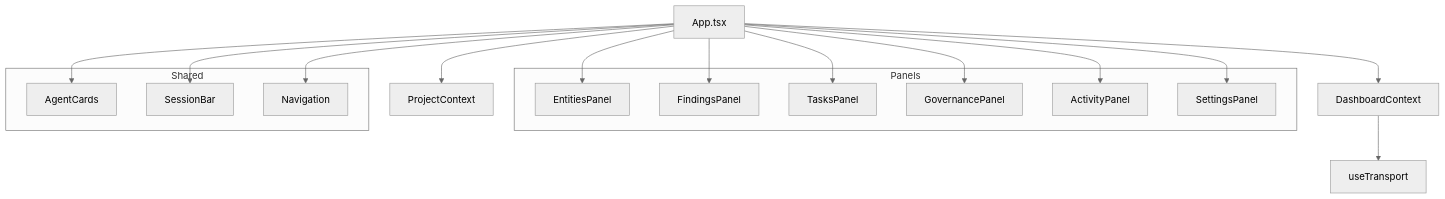
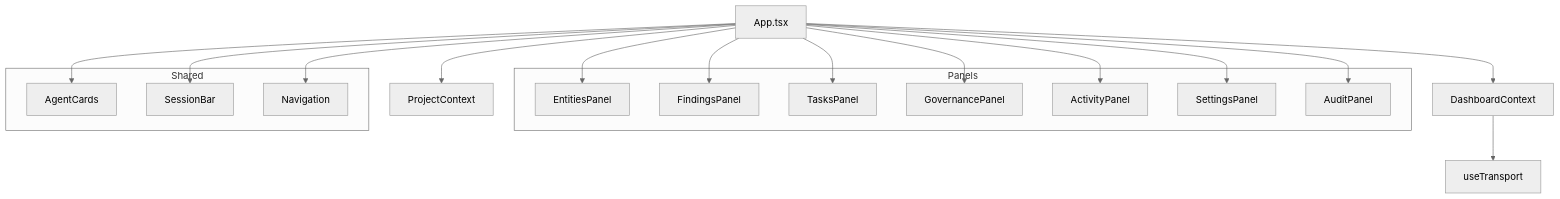
The diagram in docs/architecture/components/react-dashboard.md (sirfifer/agent-vision-team), drawn with Mermaid (neutral theme) before and after one commit. The commit also changed 12 other files, not shown here.

Commit message:
feat: introduce audit agent for system health monitoring and context reinforcement for agent alignment, updating architecture, documentation, and dashboard components.

````diff
--- a/docs/architecture/components/react-dashboard.md
+++ b/docs/architecture/components/react-dashboard.md
@@ -17,35 +17,37 @@
 ```mermaid
 graph TD
     App["App.tsx"]
     DC["DashboardContext"]
     PC["ProjectContext"]
     UT["useTransport"]
 
     subgraph Panels
         EP["EntitiesPanel"]
         FP["FindingsPanel"]
         TP["TasksPanel"]
         GP["GovernancePanel"]
         AP["ActivityPanel"]
         SP["SettingsPanel"]
+        AuP["AuditPanel"]
     end
 
     subgraph Shared
         AC["AgentCards"]
         SB["SessionBar"]
         NV["Navigation"]
     end
 
     App --> DC
     App --> PC
     DC --> UT
     App --> EP
     App --> FP
     App --> TP
     App --> GP
     App --> AP
     App --> SP
+    App --> AuP
     App --> AC
     App --> SB
     App --> NV
 ```
````
